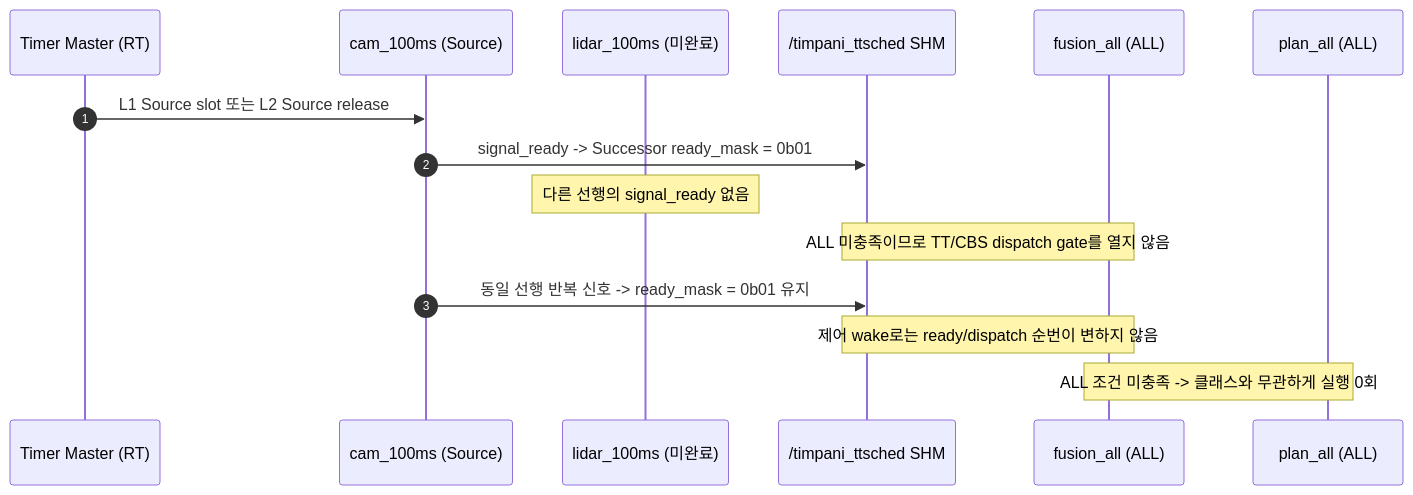
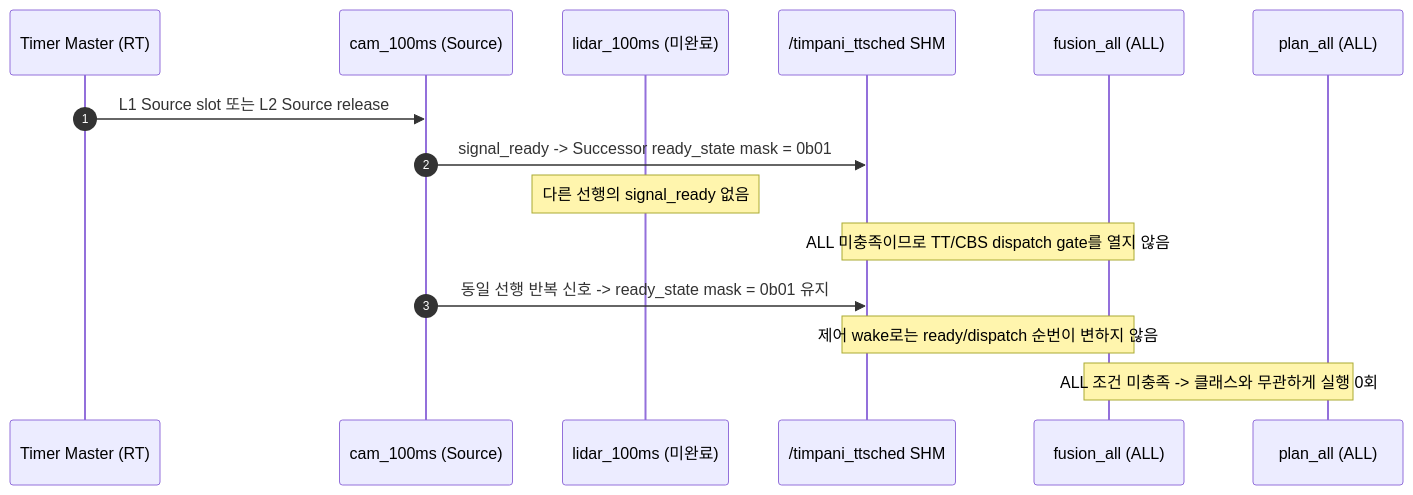
The fourth of 4 diagrams in doc/design/kor/HLD-009-data-driven-workload.md (eclipse-timpani/timpani26), drawn with Mermaid before and after one commit. The commit also changed other lines of this file and 9 other files, not shown here.

````diff
--- a/doc/design/kor/HLD-009-data-driven-workload.md
+++ b/doc/design/kor/HLD-009-data-driven-workload.md
@@ -132,18 +139,18 @@
 ```mermaid
 sequenceDiagram
     autonumber
     participant TM as Timer Master (RT)
     participant CAM as cam_100ms (Source)
     participant LIDAR as lidar_100ms (미완료)
     participant SHM as /timpani_ttsched SHM
     participant FUSION as fusion_all (ALL)
     participant PLAN as plan_all (ALL)
 
     TM->>CAM: L1 Source slot 또는 L2 Source release
-    CAM->>SHM: signal_ready -> Successor ready_mask = 0b01
+    CAM->>SHM: signal_ready -> Successor ready_state mask = 0b01
     Note over LIDAR: 다른 선행의 signal_ready 없음
     Note over SHM,FUSION: ALL 미충족이므로 TT/CBS dispatch gate를 열지 않음
-    CAM->>SHM: 동일 선행 반복 신호 -> ready_mask = 0b01 유지
+    CAM->>SHM: 동일 선행 반복 신호 -> ready_state mask = 0b01 유지
     Note over SHM,FUSION: 제어 wake로는 ready/dispatch 순번이 변하지 않음
     Note over FUSION,PLAN: ALL 조건 미충족 -> 클래스와 무관하게 실행 0회
 ```
````
